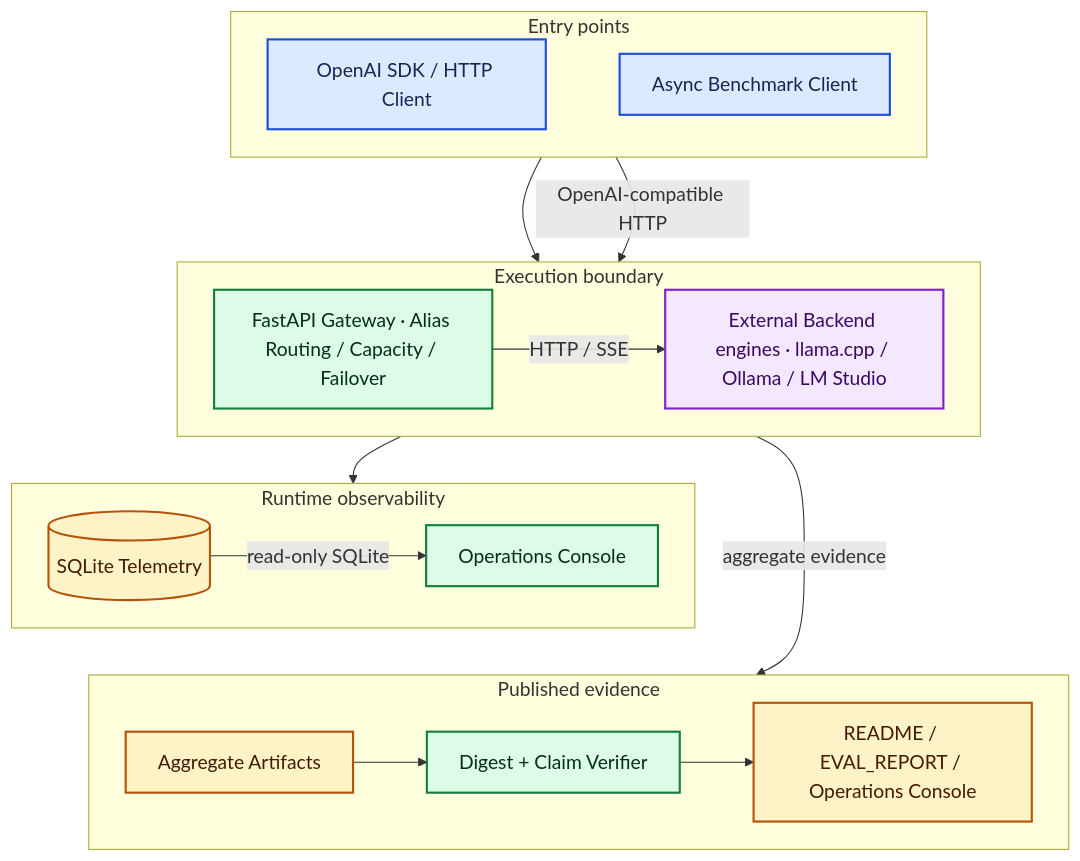
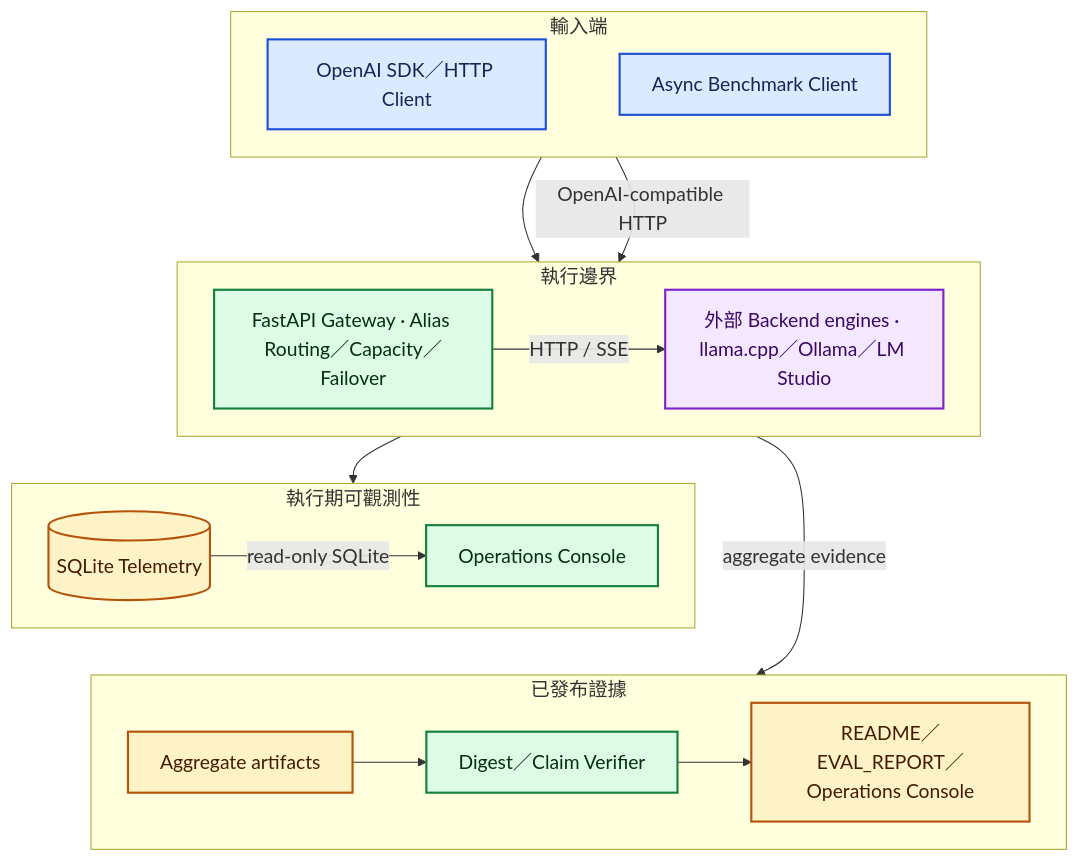
One commit to kuotunyu/local-inference-bench-gateway changed the first of 3 diagrams in README.md. Above: the diagram before and after it, drawn with Mermaid. The commit also changed other lines of this file and 1 other file, not shown here.

Commit message:
docs: localize README diagrams

````diff
--- a/README.md
+++ b/README.md
@@ -24,48 +24,48 @@
 ```mermaid
 %%{init: {"themeVariables": {"fontSize": "18px"}, "flowchart": {"nodeSpacing": 32, "rankSpacing": 44}}}%%
 flowchart TB
-    subgraph Entry["Entry points"]
+    subgraph Entry["輸入端"]
         direction LR
-        Client["OpenAI SDK / HTTP Client"]
+        Client["OpenAI SDK／HTTP Client"]
         Bench["Async Benchmark Client"]
         Client ~~~ Bench
     end
 
-    subgraph Execution["Execution boundary"]
+    subgraph Execution["執行邊界"]
         direction LR
-        Gateway["FastAPI Gateway · Alias Routing / Capacity / Failover"]
-        Engines["External Backend engines · llama.cpp / Ollama / LM Studio"]
+        Gateway["FastAPI Gateway · Alias Routing／Capacity／Failover"]
+        Engines["外部 Backend engines · llama.cpp／Ollama／LM Studio"]
     end
 
-    subgraph Observability["Runtime observability"]
+    subgraph Observability["執行期可觀測性"]
         direction LR
         Telemetry[("SQLite Telemetry")]
         Console["Operations Console"]
     end
 
-    subgraph Evidence["Published evidence"]
+    subgraph Evidence["已發布證據"]
         direction LR
-        Aggregates["Aggregate Artifacts"]
-        Verifier["Digest + Claim Verifier"]
-        Surfaces["README / EVAL_REPORT / Operations Console"]
+        Aggregates["Aggregate artifacts"]
+        Verifier["Digest／Claim Verifier"]
+        Surfaces["README／EVAL_REPORT／Operations Console"]
     end
 
     Client --> Gateway
     Gateway -->|"HTTP / SSE"| Engines
     Bench -->|"OpenAI-compatible HTTP"| Engines
     Gateway --> Telemetry
     Telemetry -->|"read-only SQLite"| Console
     Engines -->|"aggregate evidence"| Aggregates
     Aggregates --> Verifier
     Verifier --> Surfaces
     Console ~~~ Aggregates
 
     classDef actor fill:#DBEAFE,stroke:#1D4ED8,stroke-width:2px,color:#172554;
     classDef runtime fill:#DCFCE7,stroke:#15803D,stroke-width:2px,color:#052E16;
     classDef data fill:#FEF3C7,stroke:#B45309,stroke-width:2px,color:#451A03;
     classDef external fill:#F3E8FF,stroke:#7E22CE,stroke-width:2px,color:#3B0764;
     class Client,Bench actor;
     class Gateway,Console,Verifier runtime;
     class Telemetry,Aggregates,Surfaces data;
     class Engines external;
 ```
````
